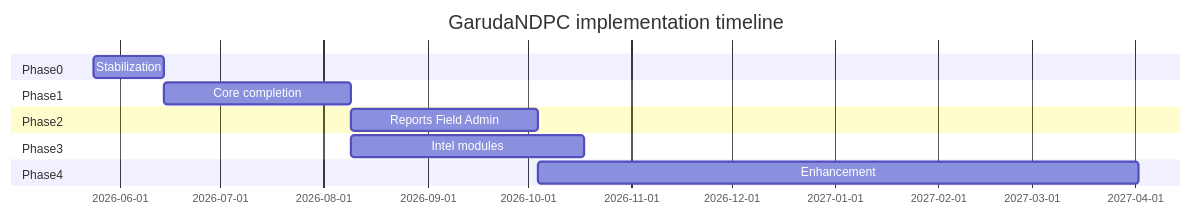
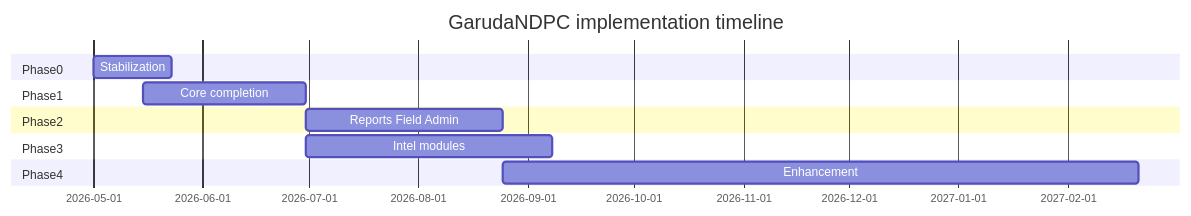
The fourth of 4 diagrams in docs/NDPS_IMPLEMENTATION_ROADMAP.md (Indla26v/GarudaNDPS_TPT), drawn with Mermaid before and after one commit. The commit also changed other lines of this file and 10 other files, not shown here.

````diff
--- a/docs/NDPS_IMPLEMENTATION_ROADMAP.md
+++ b/docs/NDPS_IMPLEMENTATION_ROADMAP.md
@@ -617,15 +581,15 @@
 ```mermaid
 gantt
   title GarudaNDPC implementation timeline
   dateFormat YYYY-MM-DD
   section Phase0
-  Stabilization           :p0, 2026-05-24, 21d
+  Stabilization           :done0, 2026-05-01, 2026-05-23
   section Phase1
-  Core completion         :p1, after p0, 56d
+  Core completion         :active1, 2026-05-15, 2026-06-30
   section Phase2
   Reports Field Admin     :p2, after p1, 56d
   section Phase3
   Intel modules           :p3, after p1, 70d
   section Phase4
   Enhancement             :p4, after p2, 180d
 ```
````
